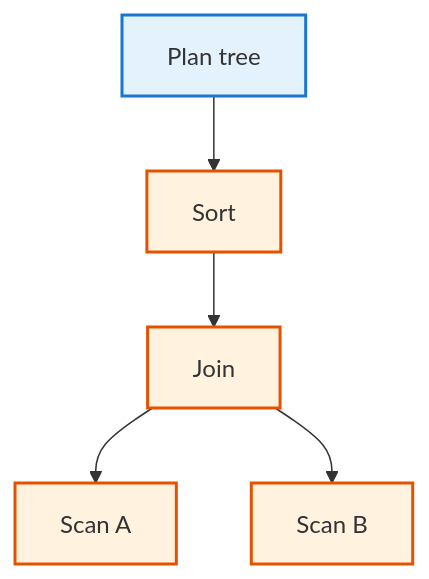
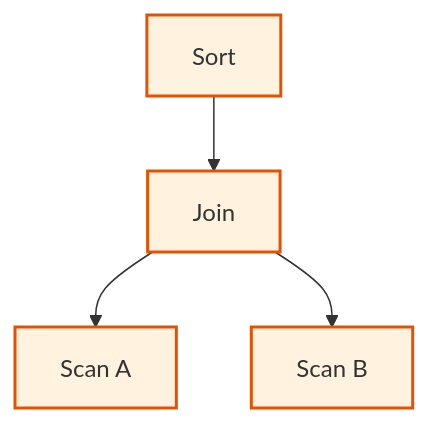
One commit to ufdatastudio/cop5725fa26 changed the first of 7 diagrams in lecture-outlines/day32-iterator-model/slides.md. Above: the diagram before and after it, drawn with Mermaid. The commit also changed other lines of this file and 50 other files, not shown here.

````diff
--- a/lecture-outlines/day32-iterator-model/slides.md
+++ b/lecture-outlines/day32-iterator-model/slides.md
@@ -40,16 +40,12 @@
 ```mermaid
 graph TB
-  Plan["Plan tree"]
   Op1["Sort"]
   Op2["Join"]
   Op3["Scan A"]
   Op4["Scan B"]
-  Plan --> Op1
   Op1 --> Op2
   Op2 --> Op3
   Op2 --> Op4
-  classDef root fill:#e3f2fd,stroke:#1976d2,stroke-width:2px
   classDef op fill:#fff3e0,stroke:#e65100,stroke-width:2px
-  class Plan root
   class Op1,Op2,Op3,Op4 op
 ```
````
